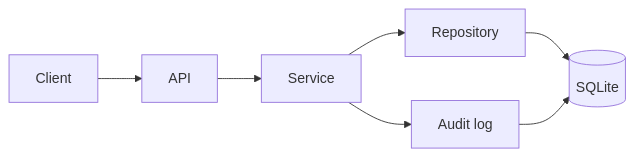
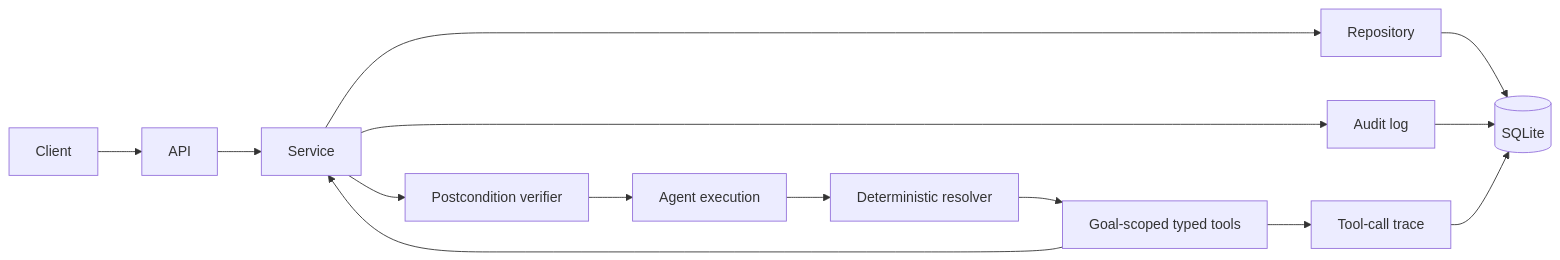
One commit to bksampadi/saas-agent-lab changed the diagram in README.md. Above: the diagram before and after it, drawn with Mermaid. The commit also changed other lines of this file, not shown here.

Commit message:
Update README for agent execution foundation

````diff
--- a/README.md
+++ b/README.md
@@ -64,11 +66,19 @@
 ```mermaid
 flowchart LR
     Client --> API
     API --> Service
     Service --> Repository
-    Repository --> SQLite[(SQLite)]
+    Repository --> DB[(SQLite)]
 
-    Service --> Auditlog[Audit log]
-    Auditlog --> SQLite
+    Service --> Audit[Audit log]
+    Audit --> DB
 
+    AgentRun[Agent execution] --> Resolver[Deterministic resolver]
+    Resolver --> Tools[Goal-scoped typed tools]
+    Tools --> Service
+    Tools --> Trace[Tool-call trace]
+    Trace --> DB
+
+    Service --> Verifier[Postcondition verifier]
+    Verifier --> AgentRun
 ```
````
